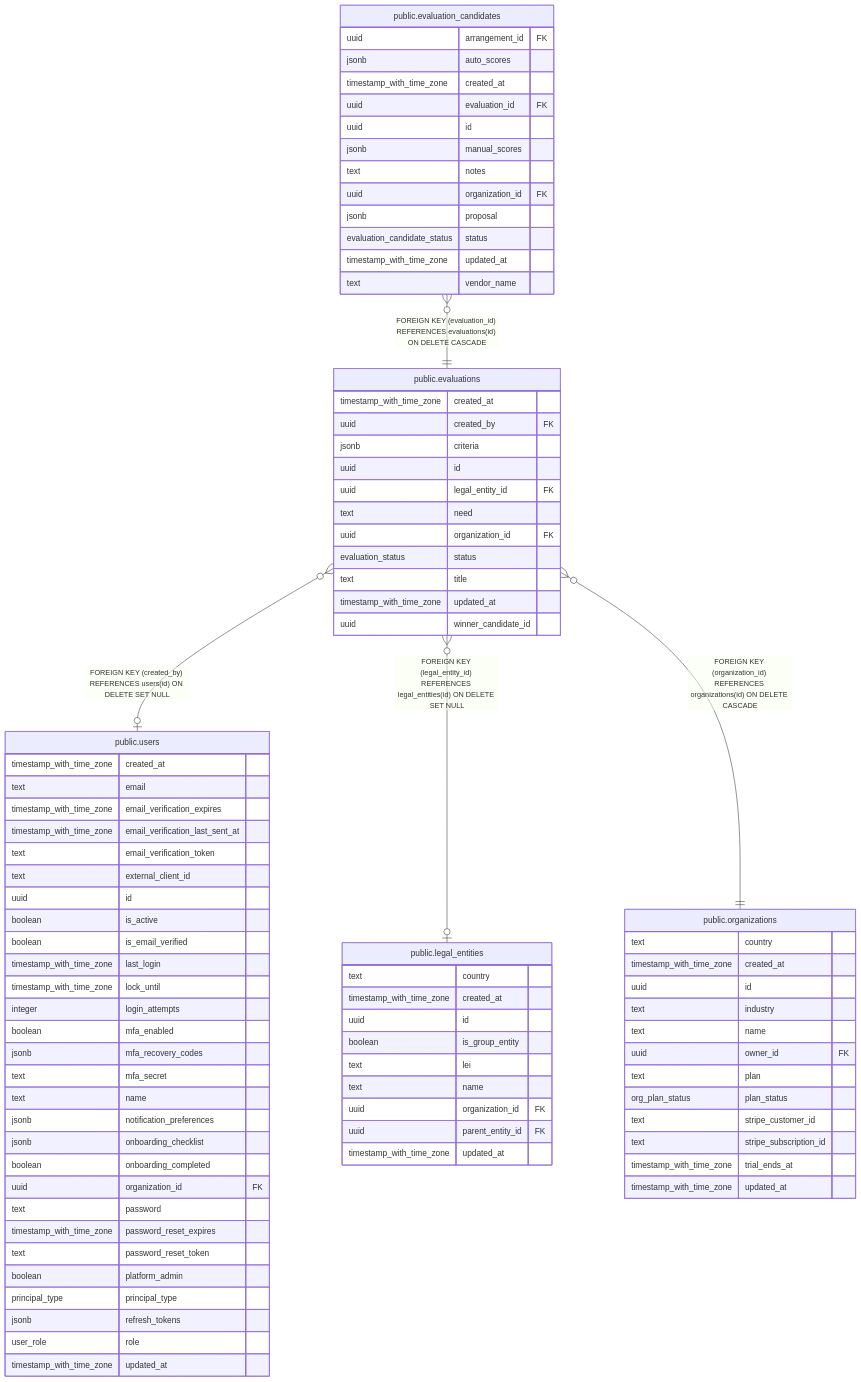
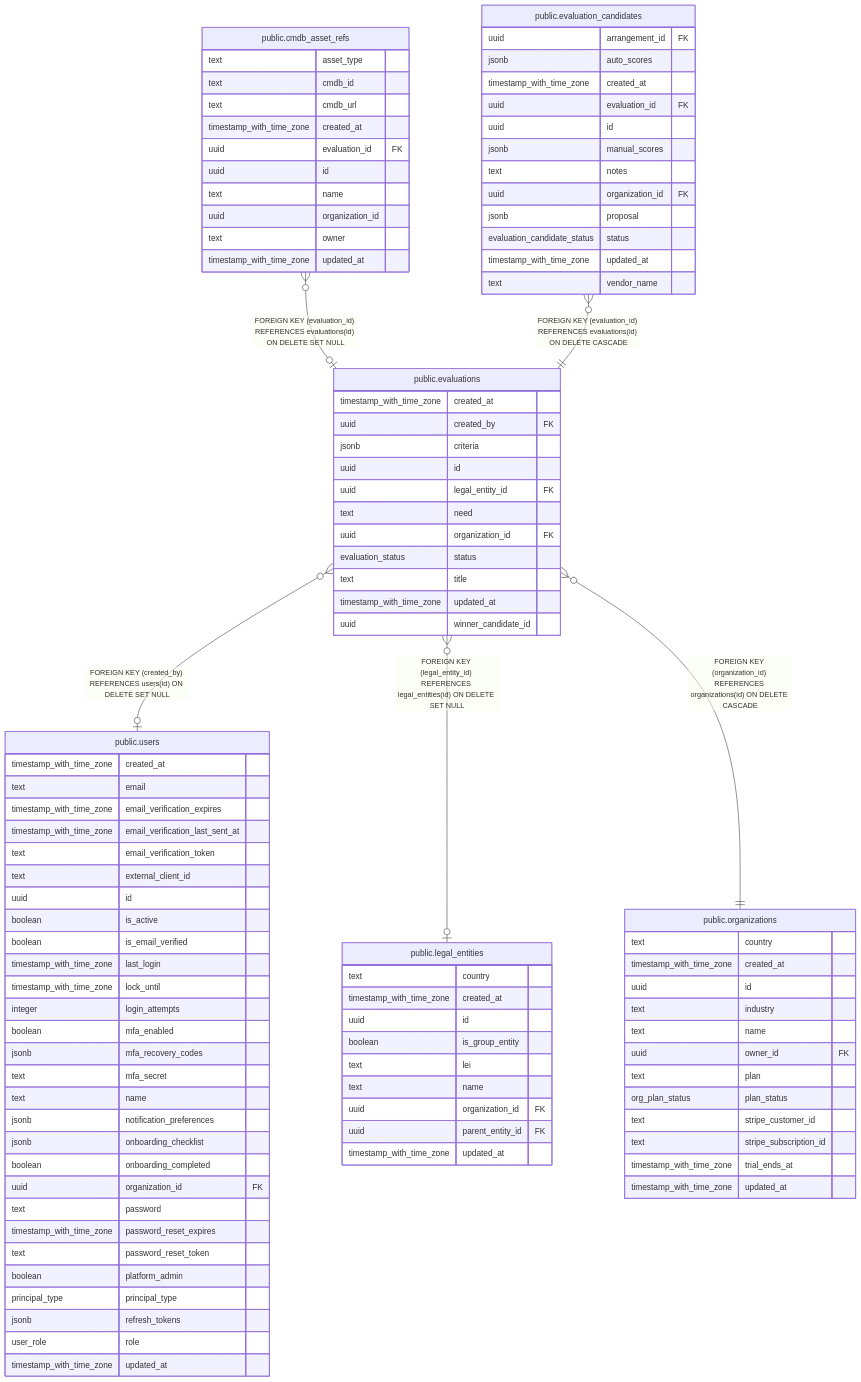
One commit to andrelair-platform/retrieva-backend changed the diagram in docs/data-model/public.evaluations.md. Above: the diagram before and after it, drawn with Mermaid. The commit also changed other lines of this file and 14 other files, not shown here.

First line of the commit message:
feat(reportability): adr-0005 a1 schema + migration + tests (#177)

```diff
--- a/docs/data-model/public.evaluations.md
+++ b/docs/data-model/public.evaluations.md
@@ -39,6 +39,7 @@
 erDiagram
 
 "public.evaluations" }o--o| "public.users" : "FOREIGN KEY (created_by) REFERENCES users(id) ON DELETE SET NULL"
+"public.cmdb_asset_refs" }o--o| "public.evaluations" : "FOREIGN KEY (evaluation_id) REFERENCES evaluations(id) ON DELETE SET NULL"
 "public.evaluation_candidates" }o--|| "public.evaluations" : "FOREIGN KEY (evaluation_id) REFERENCES evaluations(id) ON DELETE CASCADE"
 "public.evaluations" }o--o| "public.legal_entities" : "FOREIGN KEY (legal_entity_id) REFERENCES legal_entities(id) ON DELETE SET NULL"
 "public.evaluations" }o--|| "public.organizations" : "FOREIGN KEY (organization_id) REFERENCES organizations(id) ON DELETE CASCADE"
@@ -86,6 +87,18 @@
   user_role role
   timestamp_with_time_zone updated_at
 }
+"public.cmdb_asset_refs" {
+  text asset_type
+  text cmdb_id
+  text cmdb_url
+  timestamp_with_time_zone created_at
+  uuid evaluation_id FK
+  uuid id
+  text name
+  uuid organization_id
+  text owner
+  timestamp_with_time_zone updated_at
+}
 "public.evaluation_candidates" {
   uuid arrangement_id FK
   jsonb auto_scores
```
